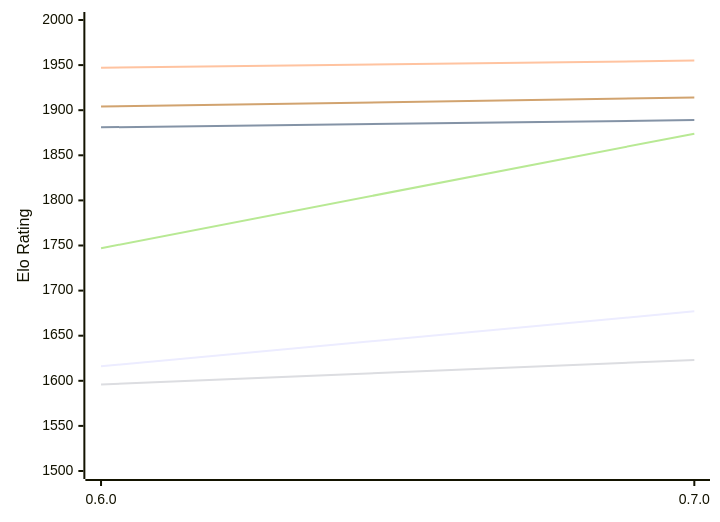
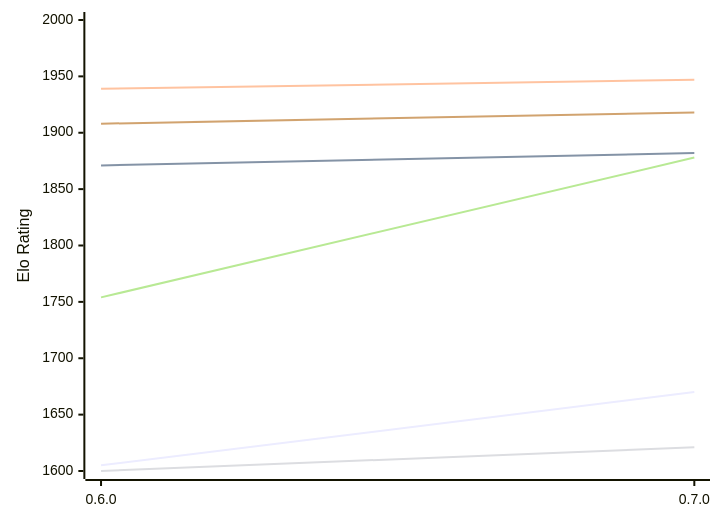
The first of 2 diagrams in engines/Chess-rs.md (computer-chess-index/cci), drawn with Mermaid before and after one commit. The commit also changed other lines of this file, not shown here.

Commit message:
Update CCI Ratings (ELO VLTC) - 2026-11-18

````diff
--- a/engines/Chess-rs.md
+++ b/engines/Chess-rs.md
@@ -51,12 +51,12 @@
 ```mermaid
 %%{init: {"theme":"base","themeVariables":{"seriesColors:['#a3a3a3','#222221','#faa371']}}}%%
 xychart-beta
   x-axis ["0.6.0", "0.7.0"]
-  y-axis "Elo Rating" 1500 --> 2000
-  line "E1: STC (8.0+0.08s)" [1616, 1677]
-  line "E1: LTC (60.0+0.60s)" [1881, 1889]
-  line "E1: VLTC (2m24s+1.12s)" [1947, 1955]
-  line "P1: STC (8.0+0.08s)" [1596, 1623]
-  line "P1: LTC (60.0+0.60s)" [1747, 1874]
-  line "P1: VLTC (2m24s+1.12s)" [1904, 1914]
+  y-axis "Elo Rating" 1600 --> 2000
+  line "E1: STC (8.0+0.08s)" [1605, 1670]
+  line "E1: LTC (60.0+0.60s)" [1871, 1882]
+  line "E1: VLTC (2m24s+1.12s)" [1939, 1947]
+  line "P1: STC (8.0+0.08s)" [1600, 1621]
+  line "P1: LTC (60.0+0.60s)" [1754, 1878]
+  line "P1: VLTC (2m24s+1.12s)" [1908, 1918]
 ```
````
